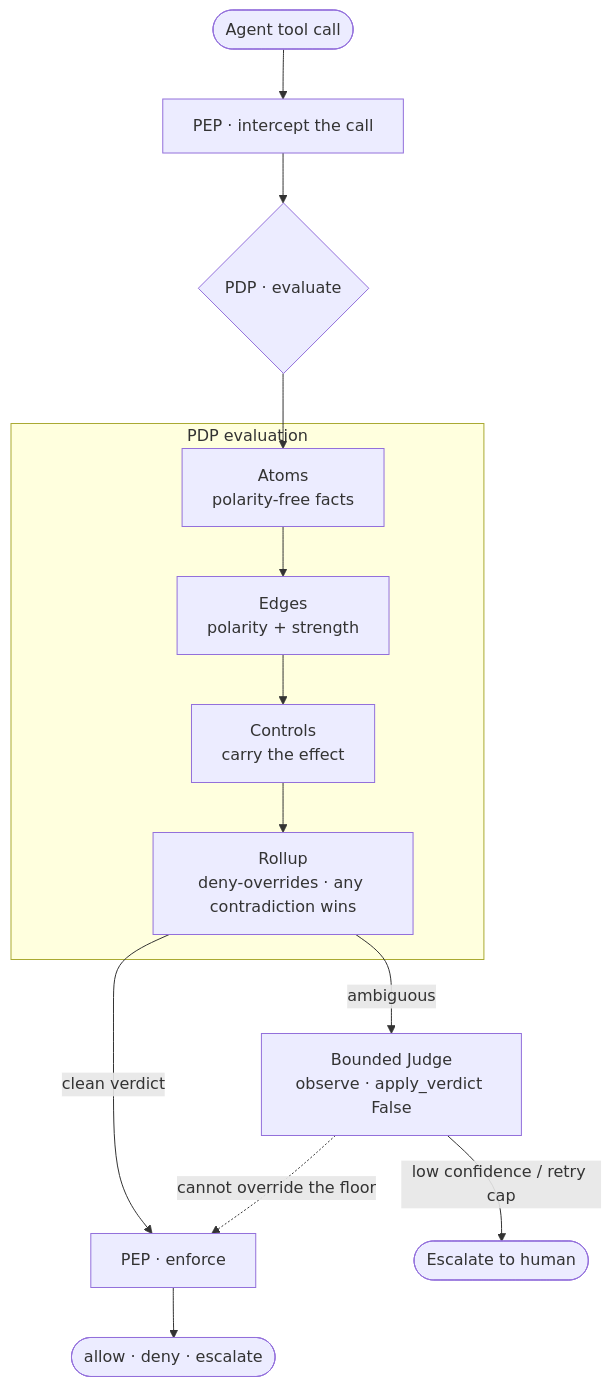
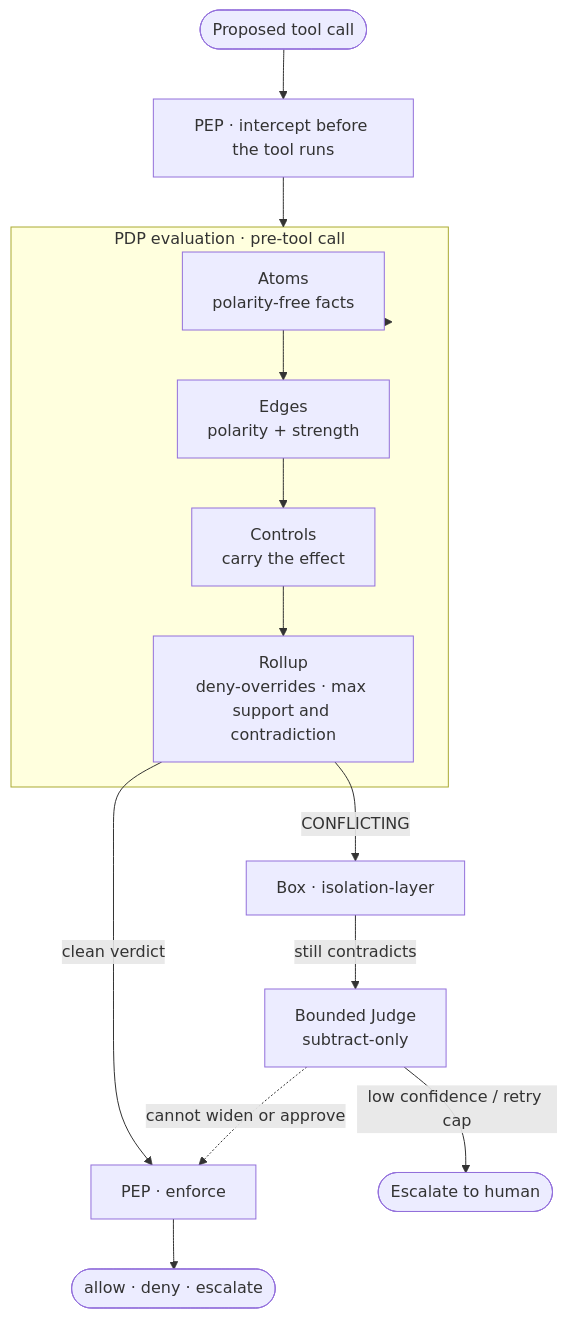
Before and after one commit to Steck43/aegis-atoms: the diagram in README.md, drawn with Mermaid. The commit also changed other lines of this file and 1 other file, not shown here.

````diff
--- a/README.md
+++ b/README.md
@@ -51,16 +69,17 @@
 ```mermaid
 flowchart TD
-    A([Agent tool call]) --> PEP[PEP · intercept the call]
-    PEP --> PDP{PDP · evaluate}
-    subgraph PDP evaluation
+    A([Proposed tool call]) --> PEP[PEP · intercept before the tool runs]
+    PEP --> PDP{PDP · evaluate · pre-tool}
+    subgraph PDP["PDP evaluation · pre-tool call"]
       ATOMS[Atoms<br/>polarity-free facts] --> EDGES[Edges<br/>polarity + strength]
       EDGES --> CTRL[Controls<br/>carry the effect]
-      CTRL --> ROLL[Rollup<br/>deny-overrides · any contradiction wins]
+      CTRL --> ROLL[Rollup<br/>deny-overrides · max support and contradiction]
     end
     PDP --> ATOMS
     ROLL -->|clean verdict| ENF[PEP · enforce]
-    ROLL -->|ambiguous| JUDGE[Bounded Judge<br/>observe · apply_verdict False]
-    JUDGE -. cannot override the floor .-> ENF
+    ROLL -->|CONFLICTING| BOX[Box · isolation-layer]
+    BOX -->|still contradicts| JUDGE[Bounded Judge<br/>subtract-only]
+    JUDGE -. cannot widen or approve .-> ENF
     JUDGE -->|low confidence / retry cap| HUMAN([Escalate to human])
     ENF --> OUT([allow · deny · escalate])
 ```
````
